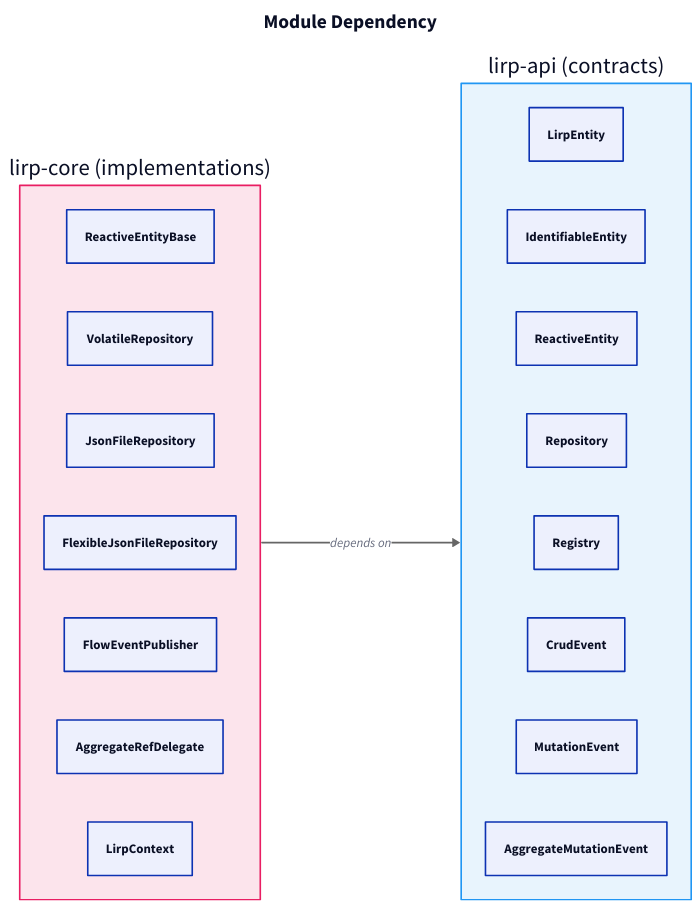
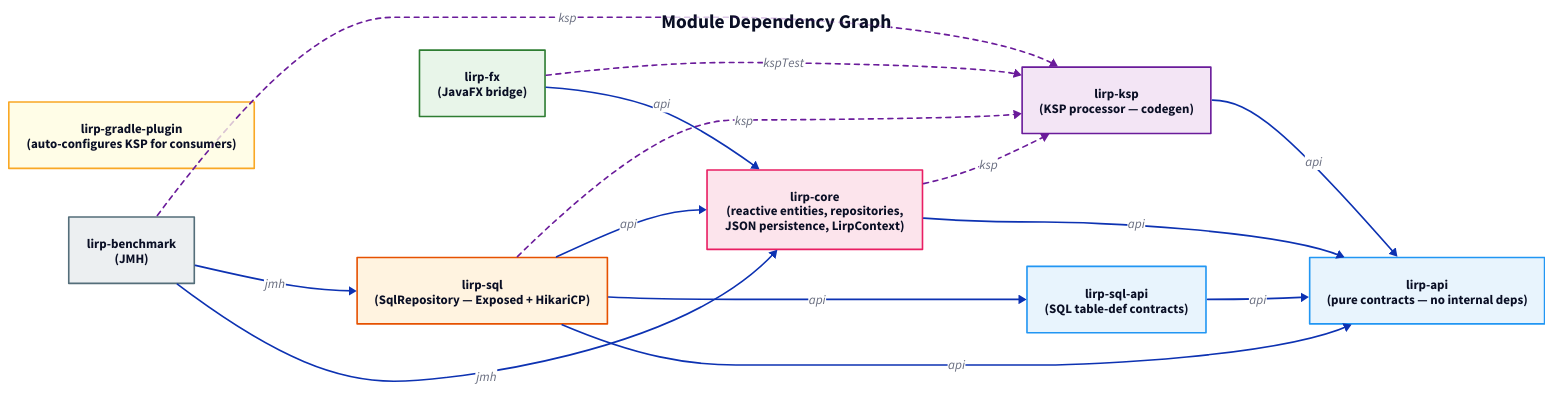
One commit to octaviospain/lirp changed the diagram in d2/module-dependency.d2. Above: the diagram before and after it, drawn with D2. The commit also changed 6 other files, not shown here.

First line of the commit message:
docs: sync d2 diagram sources with wiki consolidation [ci skip]

```diff
--- a/d2/module-dependency.d2
+++ b/d2/module-dependency.d2
@@ -1,39 +1,79 @@
 direction: right
 
-title: Module Dependency {
+title: Module Dependency Graph {
     near: top-center
     shape: text
     style.font-size: 24
     style.bold: true
 }
 
-lirp-api: "lirp-api (contracts)" {
+lirp-api: "lirp-api\n(pure contracts — no internal deps)" {
     style.fill: "#e8f4fd"
     style.stroke: "#2196f3"
-
-    LirpEntity
-    IdentifiableEntity
-    ReactiveEntity
-    Repository
-    Registry
-    CrudEvent
-    MutationEvent
-    AggregateMutationEvent
 }
 
-lirp-core: "lirp-core (implementations)" {
+lirp-sql-api: "lirp-sql-api\n(SQL table-def contracts)" {
+    style.fill: "#e8f4fd"
+    style.stroke: "#2196f3"
+}
+
+lirp-core: "lirp-core\n(reactive entities, repositories,\nJSON persistence, LirpContext)" {
     style.fill: "#fce4ec"
     style.stroke: "#e91e63"
-
-    ReactiveEntityBase
-    VolatileRepository
-    JsonFileRepository
-    FlexibleJsonFileRepository
-    FlowEventPublisher
-    AggregateRefDelegate
-    LirpContext
 }
 
-lirp-core -> lirp-api: depends on {
-    style.stroke: "#666"
+lirp-ksp: "lirp-ksp\n(KSP processor — codegen)" {
+    style.fill: "#f3e5f5"
+    style.stroke: "#6a1b9a"
 }
+
+lirp-sql: "lirp-sql\n(SqlRepository — Exposed + HikariCP)" {
+    style.fill: "#fff3e0"
+    style.stroke: "#e65100"
+}
+
+lirp-fx: "lirp-fx\n(JavaFX bridge)" {
+    style.fill: "#e8f5e9"
+    style.stroke: "#2e7d32"
+}
+
+lirp-gradle-plugin: "lirp-gradle-plugin\n(auto-configures KSP for consumers)" {
+    style.fill: "#fffde7"
+    style.stroke: "#f9a825"
+}
+
+lirp-benchmark: "lirp-benchmark\n(JMH)" {
+    style.fill: "#eceff1"
+    style.stroke: "#546e7a"
+}
+
+# api edges (compile-scope: api project(...))
+lirp-core -> lirp-api: api
+lirp-ksp -> lirp-api: api
+lirp-sql-api -> lirp-api: api
+lirp-sql -> lirp-api: api
+lirp-sql -> lirp-sql-api: api
+lirp-sql -> lirp-core: api
+lirp-fx -> lirp-core: api
+
+# ksp processor wiring
+lirp-core -> lirp-ksp: ksp {
+    style.stroke-dash: 3
+    style.stroke: "#6a1b9a"
+}
+lirp-sql -> lirp-ksp: ksp {
+    style.stroke-dash: 3
+    style.stroke: "#6a1b9a"
+}
+lirp-fx -> lirp-ksp: kspTest {
+    style.stroke-dash: 3
+    style.stroke: "#6a1b9a"
+}
+
+# benchmark (jmh-scope)
+lirp-benchmark -> lirp-core: jmh
+lirp-benchmark -> lirp-sql: jmh
+lirp-benchmark -> lirp-ksp: ksp {
+    style.stroke-dash: 3
+    style.stroke: "#6a1b9a"
+}
```
